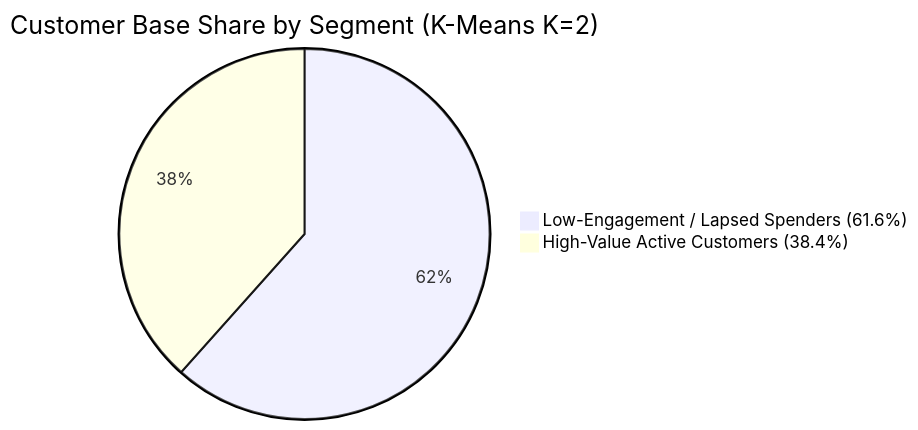
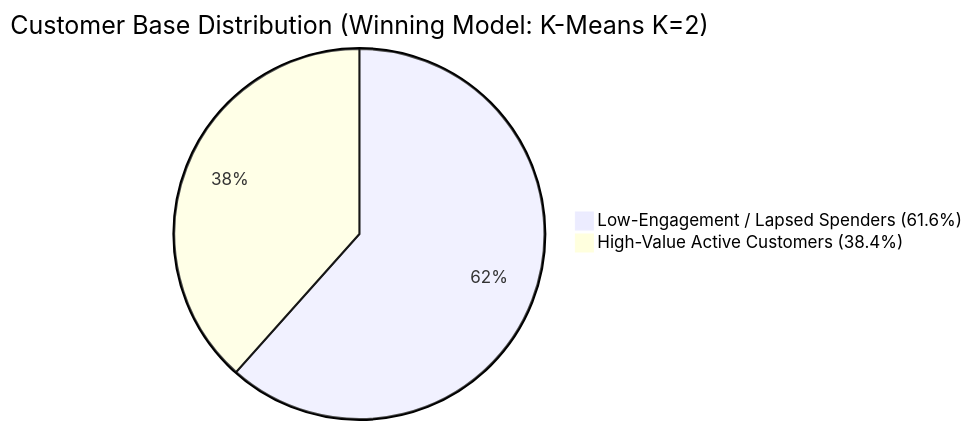
Before and after one commit to thienhn05/customer-segmentation: the second of 2 diagrams in submission/FINAL_REPORT.md, drawn with Mermaid. The commit also changed other lines of this file and 10 other files, not shown here.

````diff
--- a/submission/FINAL_REPORT.md
+++ b/submission/FINAL_REPORT.md
@@ -232,5 +271,5 @@
 ```mermaid
-pie title Customer Base Share by Segment (K-Means K=2)
+pie title Customer Base Distribution (Winning Model: K-Means K=2)
     "Low-Engagement / Lapsed Spenders (61.6%)" : 2672
     "High-Value Active Customers (38.4%)" : 1666
 ```
````
